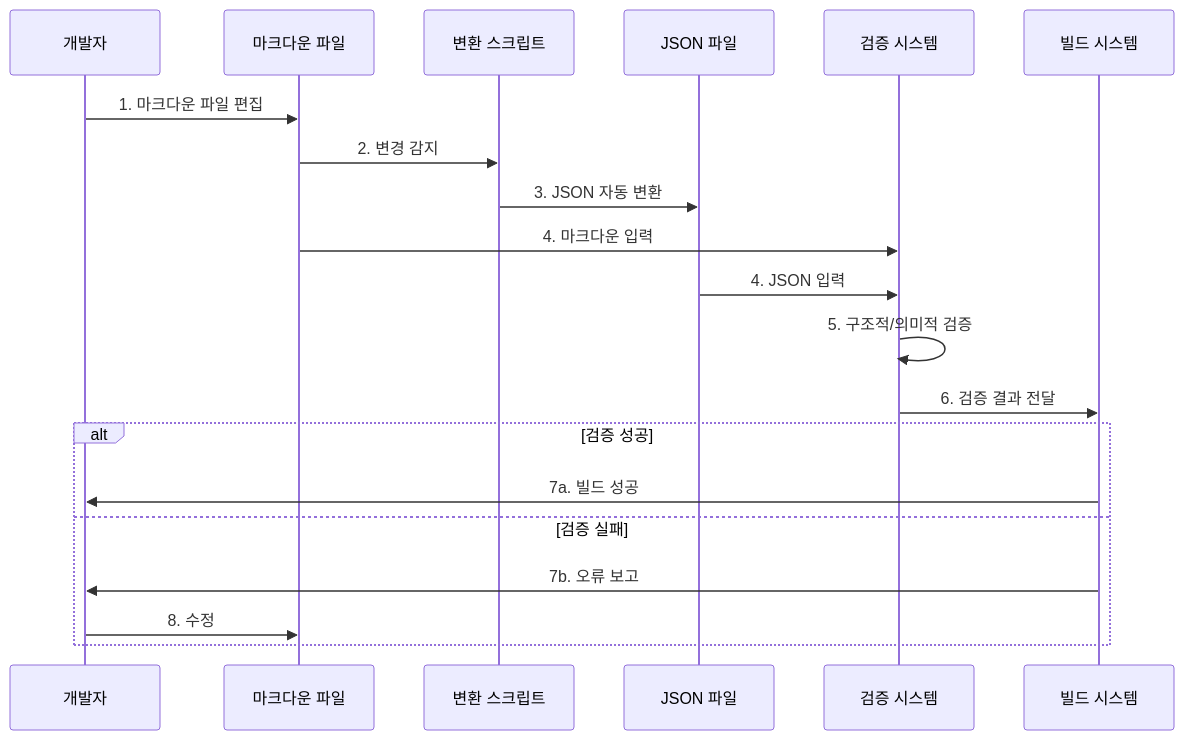
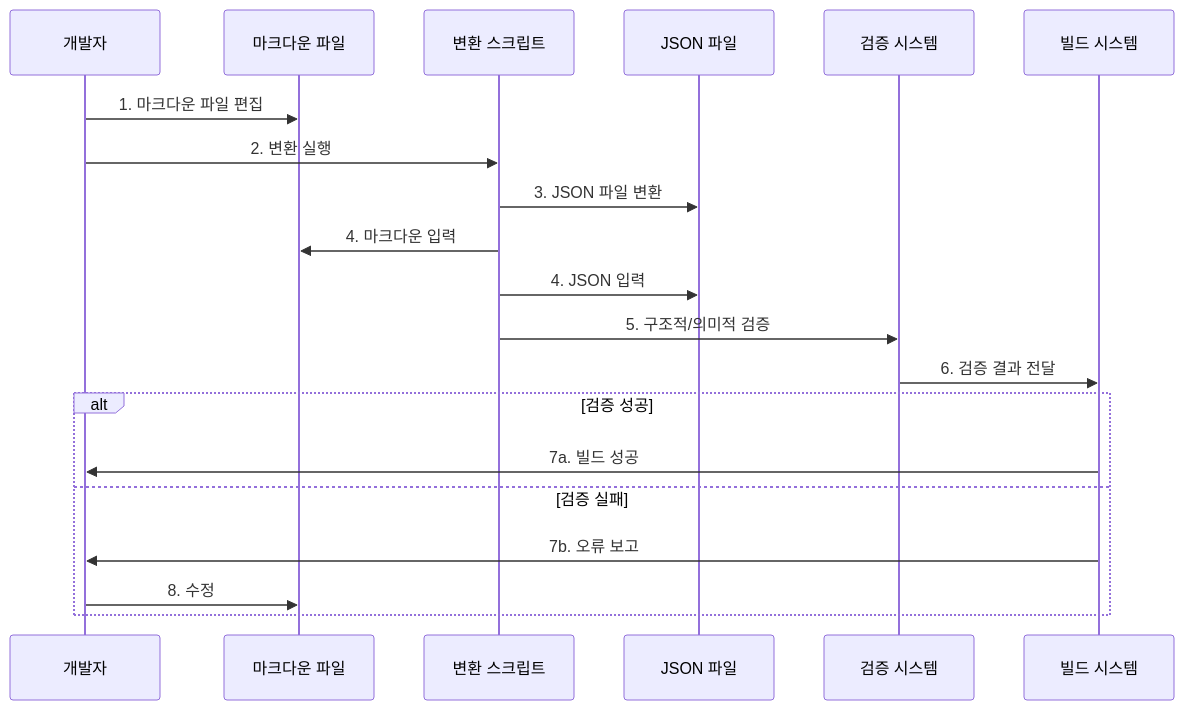
Before and after one commit to aicoding-caret/caret-zero: the second of 2 diagrams in docs/patent-materials/patent-md-json-ai-rules/README.md, drawn with Mermaid. The commit also changed other lines of this file, not shown here.

````diff
--- a/docs/patent-materials/patent-md-json-ai-rules/README.md
+++ b/docs/patent-materials/patent-md-json-ai-rules/README.md
@@ -176,24 +176,24 @@
 ```mermaid
 sequenceDiagram
     participant D as 개발자
     participant M as 마크다운 파일
     participant C as 변환 스크립트
     participant J as JSON 파일
     participant V as 검증 시스템
     participant B as 빌드 시스템
     
     D->>M: 1. 마크다운 파일 편집
-    M->>C: 2. 변경 감지
-    C->>J: 3. JSON 자동 변환
-    M->>V: 4. 마크다운 입력
-    J->>V: 4. JSON 입력
-    V->>V: 5. 구조적/의미적 검증
+    D->>C: 2. 변환 실행
+    C->>J: 3. JSON 파일 변환
+    C->>M: 4. 마크다운 입력
+    C->>J: 4. JSON 입력
+    C->>V: 5. 구조적/의미적 검증
     V->>B: 6. 검증 결과 전달
     
     alt 검증 성공
         B->>D: 7a. 빌드 성공
     else 검증 실패
         B->>D: 7b. 오류 보고
         D->>M: 8. 수정
     end
 ```
````
